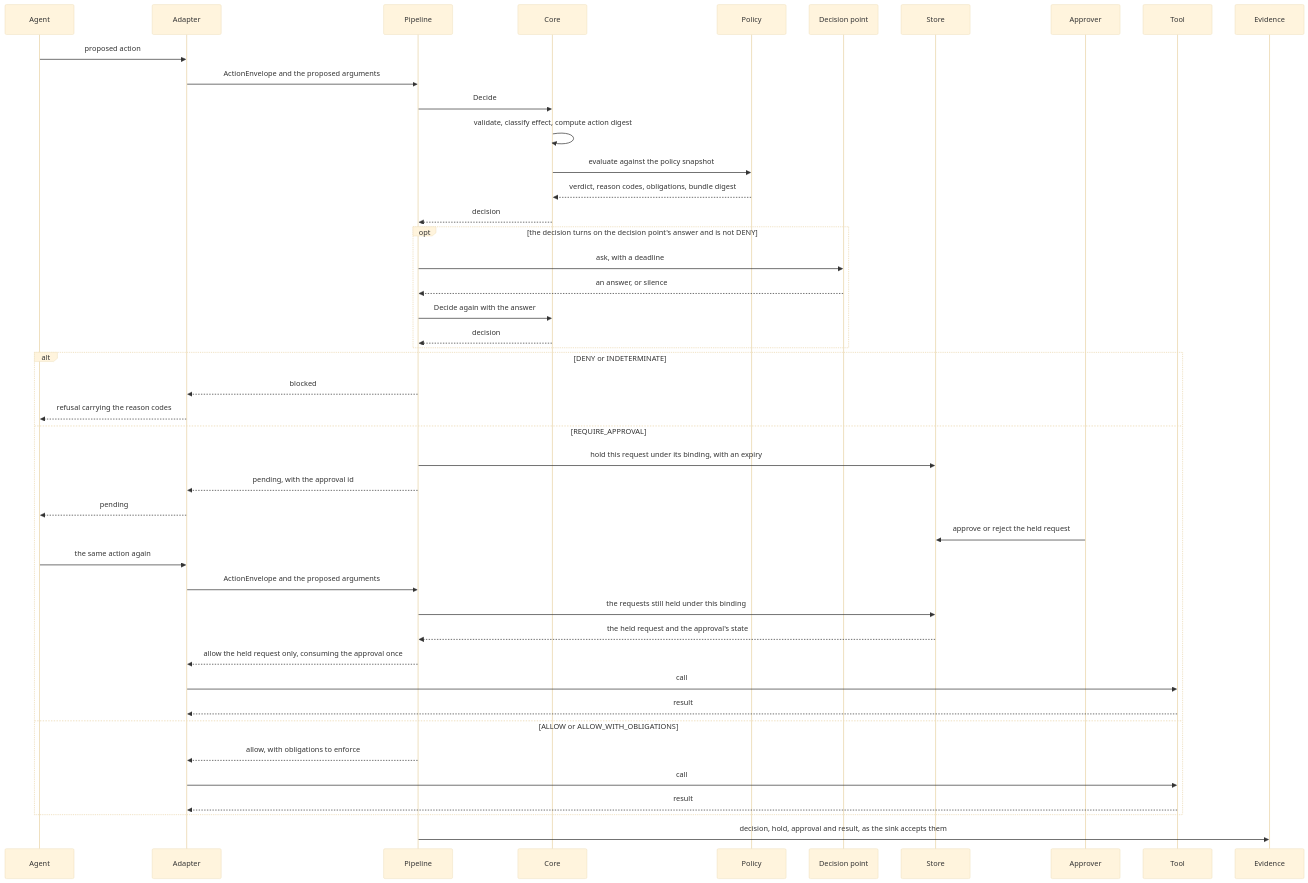
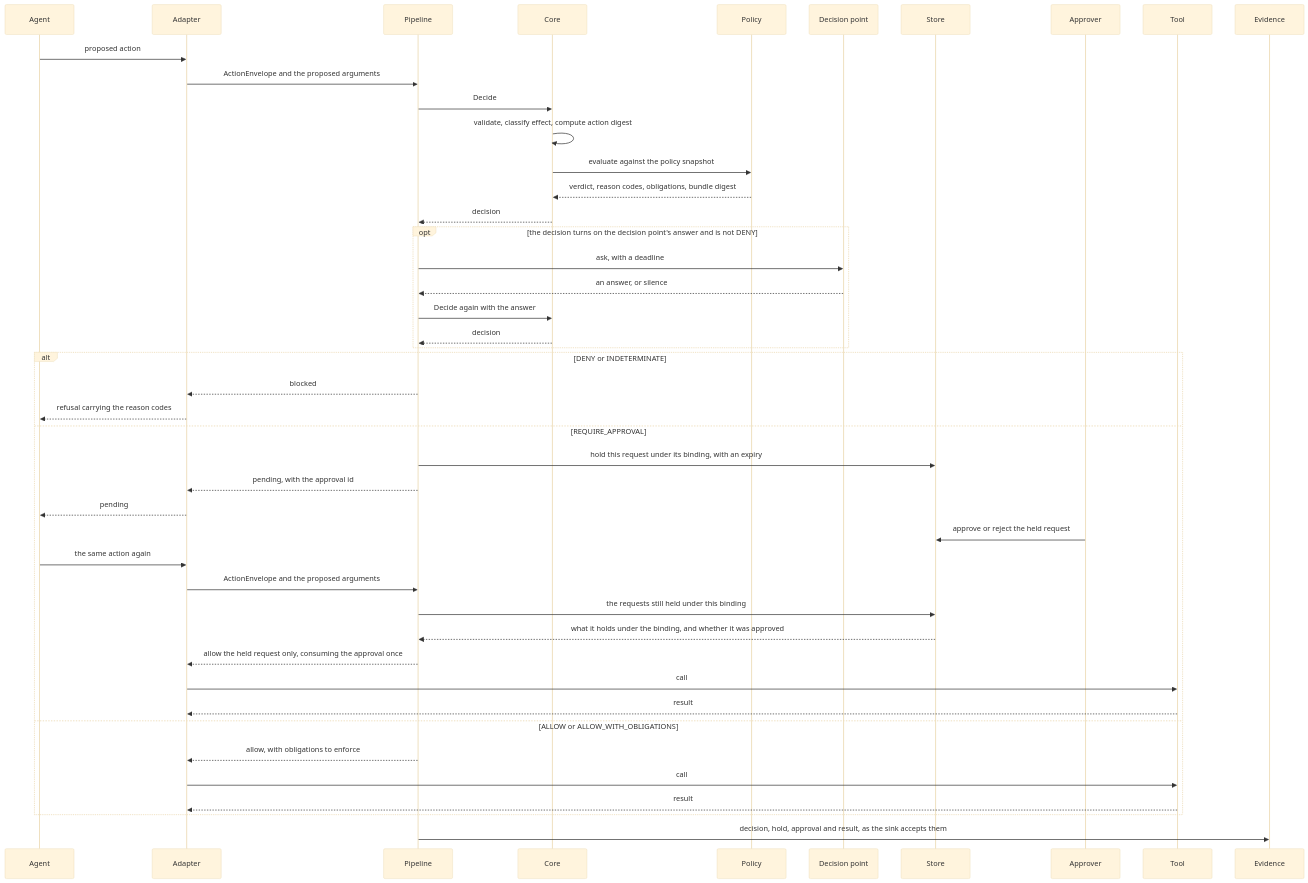
One commit to guardana/control changed the third of 4 diagrams in docs/concepts/architecture.md. Above: the diagram before and after it, drawn with Mermaid (base theme). The commit also changed 16 other files, not shown here.

````diff
--- a/docs/concepts/architecture.md
+++ b/docs/concepts/architecture.md
@@ -135,49 +135,49 @@
 ```mermaid
 sequenceDiagram
     accTitle: The request path
     accDescr: The adapter hands a proposed action to the pipeline, whose kernel evaluates the policy snapshot and may take a decision point's answer; a denied or undetermined call is refused, a call that needs approval is held until an identical retry consumes it, an allowed call runs, and evidence is recorded as the sink accepts it.
     participant Agent
     participant Adapter
     participant Pipeline
     participant Core
     participant Policy
     participant PDP as Decision point
     participant Store
     participant Approver
     participant Tool
     participant Evidence
     Agent->>Adapter: proposed action
     Adapter->>Pipeline: ActionEnvelope and the proposed arguments
     Pipeline->>Core: Decide
     Core->>Core: validate, classify effect, compute action digest
     Core->>Policy: evaluate against the policy snapshot
     Policy-->>Core: verdict, reason codes, obligations, bundle digest
     Core-->>Pipeline: decision
     opt the decision turns on the decision point's answer and is not DENY
         Pipeline->>PDP: ask, with a deadline
         PDP-->>Pipeline: an answer, or silence
         Pipeline->>Core: Decide again with the answer
         Core-->>Pipeline: decision
     end
     alt DENY or INDETERMINATE
         Pipeline-->>Adapter: blocked
         Adapter-->>Agent: refusal carrying the reason codes
     else REQUIRE_APPROVAL
         Pipeline->>Store: hold this request under its binding, with an expiry
         Pipeline-->>Adapter: pending, with the approval id
         Adapter-->>Agent: pending
         Approver->>Store: approve or reject the held request
         Agent->>Adapter: the same action again
         Adapter->>Pipeline: ActionEnvelope and the proposed arguments
         Pipeline->>Store: the requests still held under this binding
-        Store-->>Pipeline: the held request and the approval's state
+        Store-->>Pipeline: what it holds under the binding, and whether it was approved
         Pipeline-->>Adapter: allow the held request only, consuming the approval once
         Adapter->>Tool: call
         Tool-->>Adapter: result
     else ALLOW or ALLOW_WITH_OBLIGATIONS
         Pipeline-->>Adapter: allow, with obligations to enforce
         Adapter->>Tool: call
         Tool-->>Adapter: result
     end
     Pipeline->>Evidence: decision, hold, approval and result, as the sink accepts them
 ```
````
